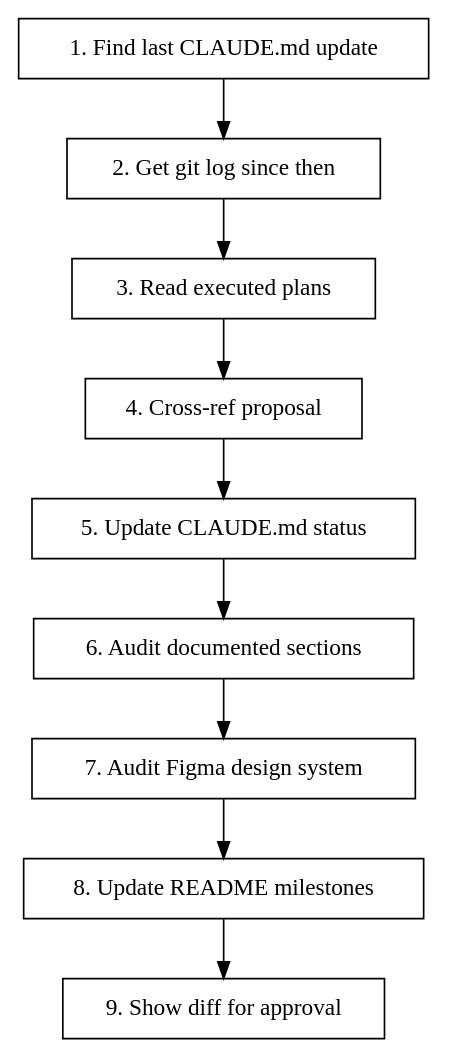
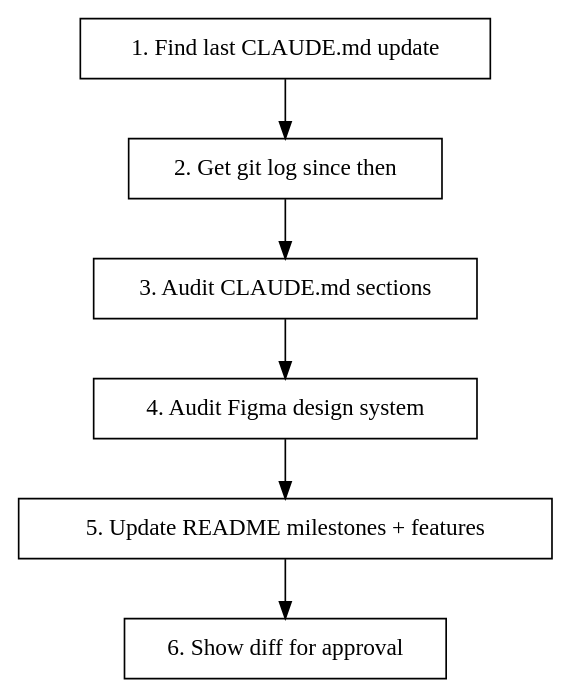
Before and after one commit to milobedini/bwell: the diagram in .claude/skills/update-status/SKILL.md, drawn with Graphviz. The commit also changed other lines of this file and 1 other file, not shown here.

Commit message:
docs: remove claude md milestones and adjust update-status skill

````diff
--- a/.claude/skills/update-status/SKILL.md
+++ b/.claude/skills/update-status/SKILL.md
@@ -14,23 +16,17 @@
 ```dot
 digraph update_status {
   rankdir=TB;
   "1. Find last CLAUDE.md update" [shape=box];
   "2. Get git log since then" [shape=box];
-  "3. Read executed plans" [shape=box];
-  "4. Cross-ref proposal" [shape=box];
-  "5. Update CLAUDE.md status" [shape=box];
-  "6. Audit documented sections" [shape=box];
-  "7. Audit Figma design system" [shape=box];
-  "8. Update README milestones" [shape=box];
-  "9. Show diff for approval" [shape=box];
+  "3. Audit CLAUDE.md sections" [shape=box];
+  "4. Audit Figma design system" [shape=box];
+  "5. Update README milestones + features" [shape=box];
+  "6. Show diff for approval" [shape=box];
 
   "1. Find last CLAUDE.md update" -> "2. Get git log since then";
-  "2. Get git log since then" -> "3. Read executed plans";
-  "3. Read executed plans" -> "4. Cross-ref proposal";
-  "4. Cross-ref proposal" -> "5. Update CLAUDE.md status";
-  "5. Update CLAUDE.md status" -> "6. Audit documented sections";
-  "6. Audit documented sections" -> "7. Audit Figma design system";
-  "7. Audit Figma design system" -> "8. Update README milestones";
-  "8. Update README milestones" -> "9. Show diff for approval";
+  "2. Get git log since then" -> "3. Audit CLAUDE.md sections";
+  "3. Audit CLAUDE.md sections" -> "4. Audit Figma design system";
+  "4. Audit Figma design system" -> "5. Update README milestones + features";
+  "5. Update README milestones + features" -> "6. Show diff for approval";
 }
 ```
````
